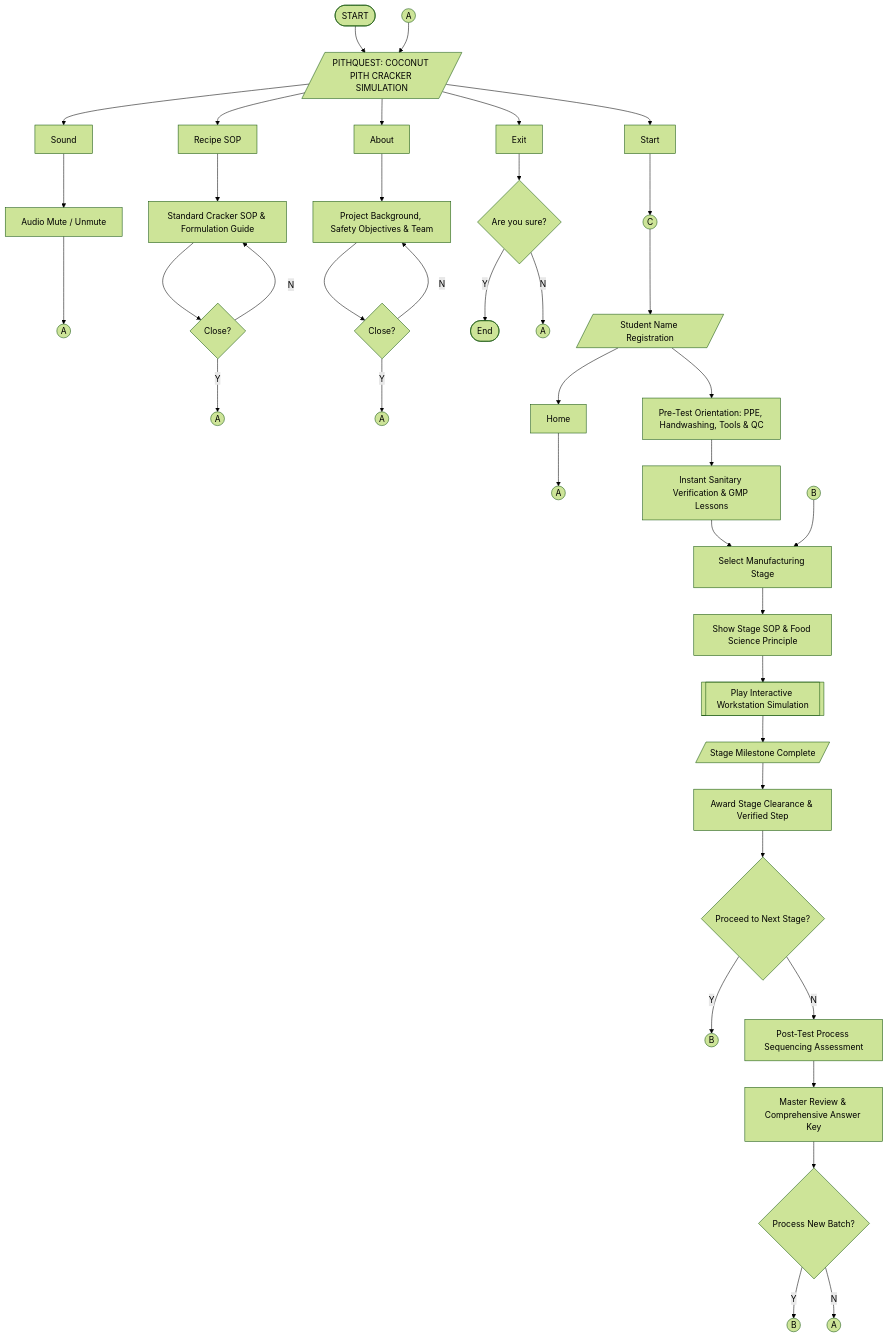
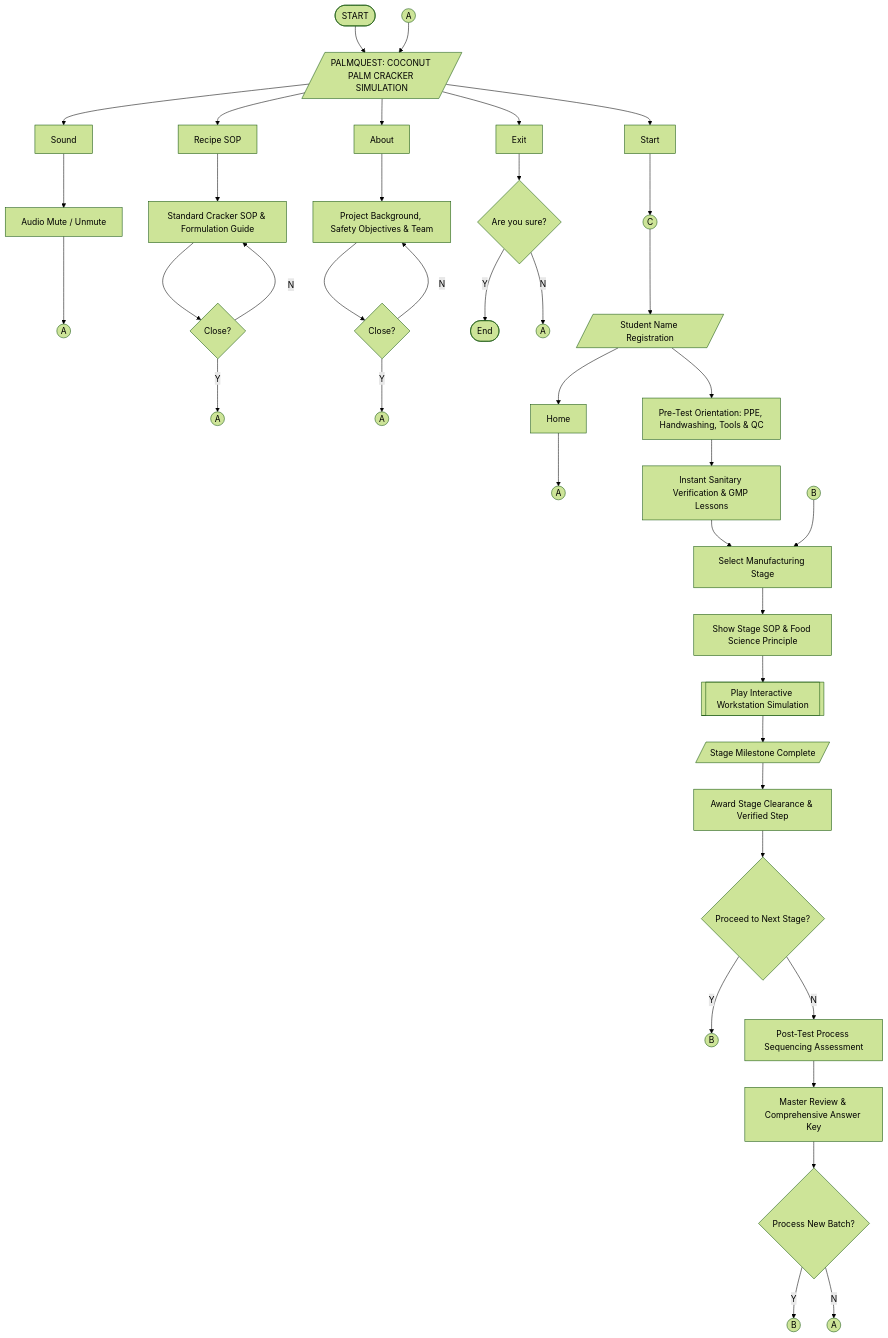
One commit to gjcodess/PithQuest changed the third of 4 diagrams in docs/SYSTEM_DIAGRAMS.md. Above: the diagram before and after it, drawn with Mermaid (forest theme). The commit also changed other lines of this file and 52 other files, not shown here.

Commit message:
refactor: rebrand PITHQuest as PALMQUEST

````diff
--- a/docs/SYSTEM_DIAGRAMS.md
+++ b/docs/SYSTEM_DIAGRAMS.md
@@ -84,56 +84,56 @@
 ```mermaid
 flowchart TD
-    Start([START]) --> Banner[/PITHQUEST: COCONUT PITH CRACKER SIMULATION/]
+    Start([START]) --> Banner[/PALMQUEST: COCONUT PALM CRACKER SIMULATION/]
     ConnA_Top((A)) --> Banner
 
     Banner --> BtnStart[Start]
     Banner --> BtnSound[Sound]
     Banner --> BtnRecipe[Recipe SOP]
     Banner --> BtnAbout[About]
     Banner --> BtnExit[Exit]
 
     %% Sound Branch
     BtnSound --> ProcSound[Audio Mute / Unmute]
     ProcSound --> ConnA_Sound((A))
 
     %% Recipe SOP Branch
     BtnRecipe --> ProcRecipe[Standard Cracker SOP & Formulation Guide]
     ProcRecipe --> DecCloseRecipe{"Close?"}
     DecCloseRecipe -- Y --> ConnA_Recipe((A))
     DecCloseRecipe -- N --> ProcRecipe
 
     %% About Branch
     BtnAbout --> ProcAbout[Project Background, Safety Objectives & Team]
     ProcAbout --> DecCloseAbout{"Close?"}
     DecCloseAbout -- Y --> ConnA_About((A))
     DecCloseAbout -- N --> ProcAbout
 
     %% Exit Branch
     BtnExit --> DecExit{"Are you sure?"}
     DecExit -- Y --> EndProg([End])
     DecExit -- N --> ConnA_Exit((A))
 
     %% Start Branch
     BtnStart --> ConnC((C))
     ConnC --> ScrName[/Student Name Registration/]
     ScrName --> BtnHome[Home]
     BtnHome --> ConnA_Home((A))
 
     ScrName --> ProcPreTest[Pre-Test Orientation: PPE, Handwashing, Tools & QC]
     ProcPreTest --> ProcPreFeedback[Instant Sanitary Verification & GMP Lessons]
     ProcPreFeedback --> ProcSelectStage[Select Manufacturing Stage]
 
     ConnB_Top((B)) --> ProcSelectStage
     ProcSelectStage --> ProcShowLesson[Show Stage SOP & Food Science Principle]
     ProcShowLesson --> ProcPlay[[Play Interactive Workstation Simulation]]
     ProcPlay --> ScrStageComplete[/Stage Milestone Complete/]
     ScrStageComplete --> ProcReward[Award Stage Clearance & Verified Step]
     ProcReward --> DecNextStage{"Proceed to Next Stage?"}
 
     DecNextStage -- Y --> ConnB_Next((B))
     DecNextStage -- N --> ProcPostTest[Post-Test Process Sequencing Assessment]
     ProcPostTest --> ProcReview[Master Review & Comprehensive Answer Key]
     ProcReview --> DecRestart{"Process New Batch?"}
     DecRestart -- Y --> ConnB_Restart((B))
     DecRestart -- N --> ConnA_End((A))
 ```
````
